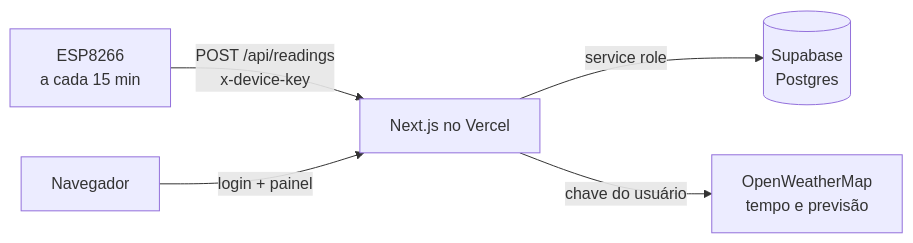
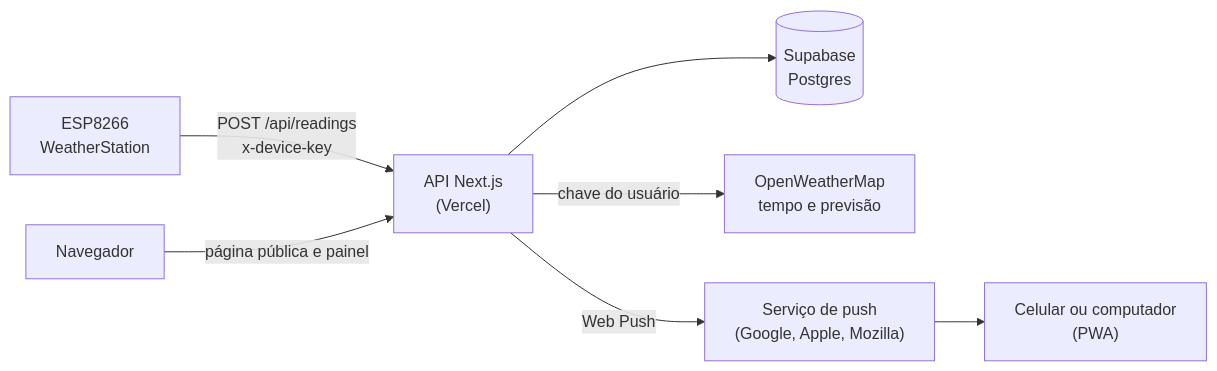
One commit to LuismarPavani/Estacao-Meteorologica-web changed the diagram in README.md. Above: the diagram before and after it, drawn with Mermaid. The commit also changed other lines of this file and 3 other files, not shown here.

````diff
--- a/README.md
+++ b/README.md
@@ -61,7 +86,9 @@
 ```mermaid
 flowchart LR
-  ESP[ESP8266<br/>a cada 15 min] -- "POST /api/readings<br/>x-device-key" --> API[Next.js no Vercel]
-  Browser[Navegador] -- "login + painel" --> API
-  API -- service role --> DB[(Supabase<br/>Postgres)]
-  API -- chave do usuário --> OWM[OpenWeatherMap<br/>tempo e previsão]
+  ESP["ESP8266<br/>WeatherStation"] -->|"POST /api/readings<br/>x-device-key"| API["API Next.js<br/>(Vercel)"]
+  API --> DB[("Supabase<br/>Postgres")]
+  API -->|"chave do usuário"| OWM["OpenWeatherMap<br/>tempo e previsão"]
+  API -->|"Web Push"| PUSH["Serviço de push<br/>(Google, Apple, Mozilla)"]
+  PUSH --> CEL["Celular ou computador<br/>(PWA)"]
+  NAV["Navegador"] -->|"página pública e painel"| API
 ```
````
